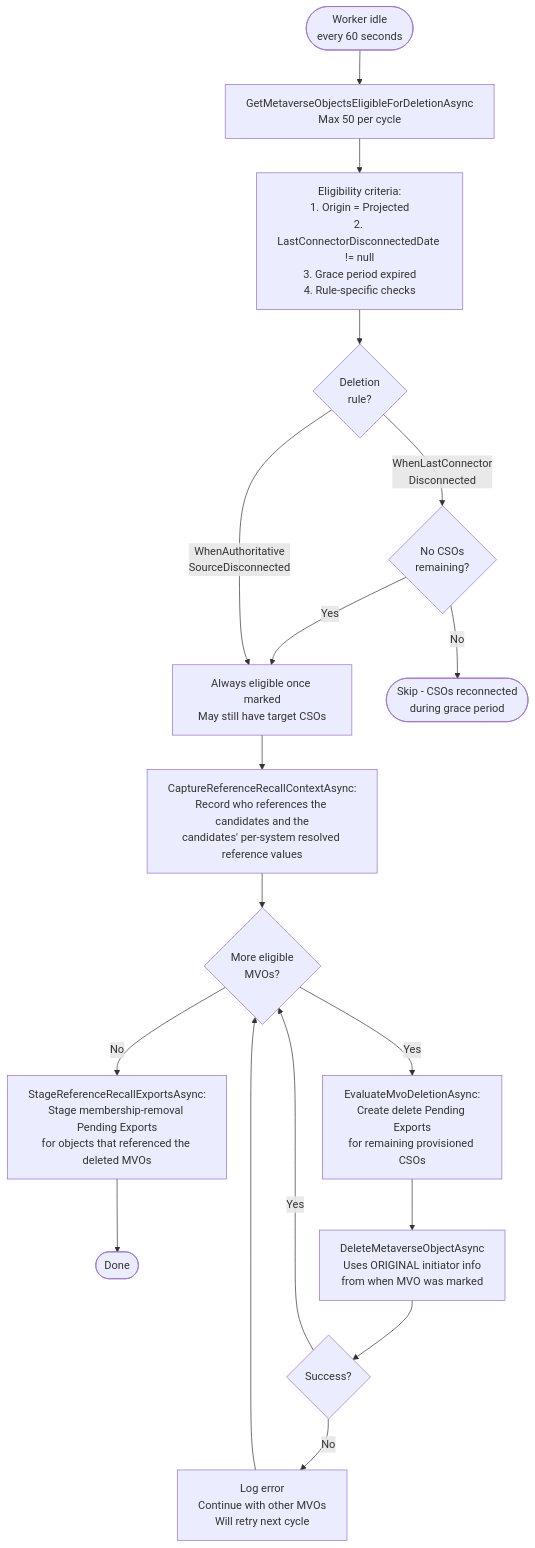
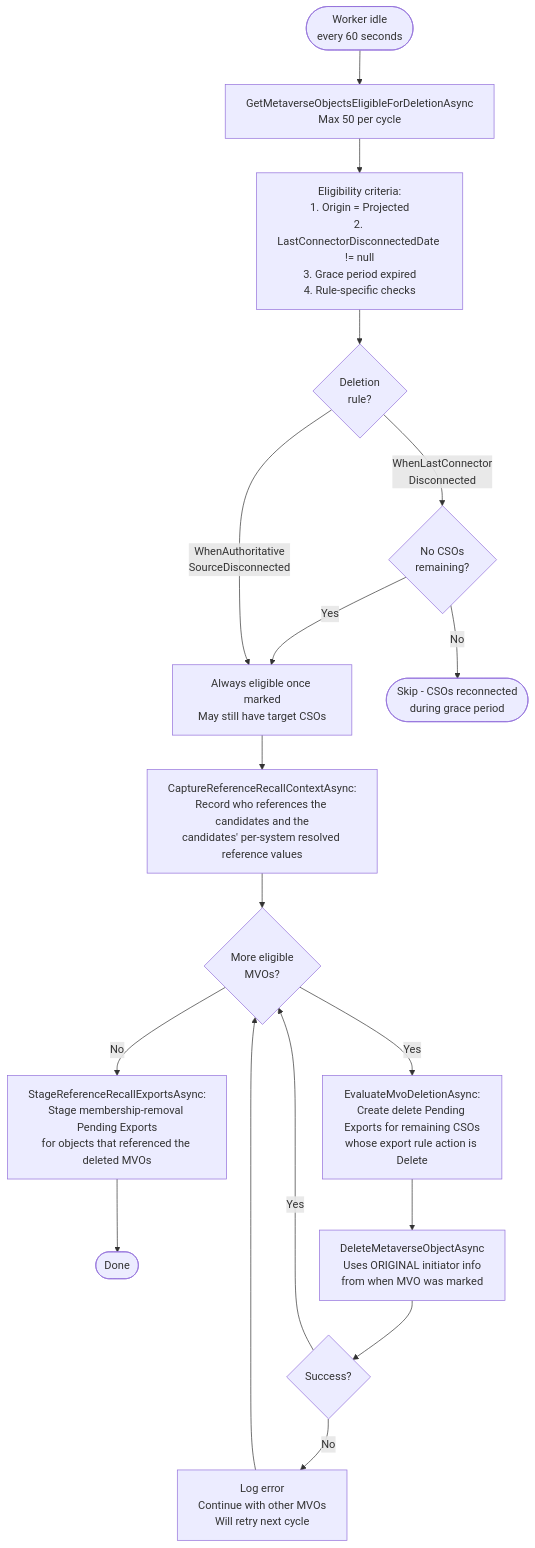
The fifth of 6 diagrams in docs/developer/diagrams/MVO_DELETION_AND_GRACE_PERIOD.md (TetronIO/JIM), drawn with Mermaid before and after one commit. The commit also changed other lines of this file and 8 other files, not shown here.

````diff
--- a/docs/developer/diagrams/MVO_DELETION_AND_GRACE_PERIOD.md
+++ b/docs/developer/diagrams/MVO_DELETION_AND_GRACE_PERIOD.md
@@ -97,25 +97,25 @@
 ```mermaid
 flowchart TD
     Idle([Worker idle<br/>every 60 seconds]) --> Query[GetMetaverseObjectsEligibleForDeletionAsync<br/>Max 50 per cycle]
 
     Query --> Criteria[Eligibility criteria:<br/>1. Origin = Projected<br/>2. LastConnectorDisconnectedDate != null<br/>3. Grace period expired<br/>4. Rule-specific checks]
     Criteria --> RuleCheck{Deletion<br/>rule?}
 
     RuleCheck -->|WhenLastConnector<br/>Disconnected| NoCSOs{No CSOs<br/>remaining?}
     NoCSOs -->|Yes| Eligible
     NoCSOs -->|No| NotEligible([Skip - CSOs reconnected<br/>during grace period])
 
     RuleCheck -->|WhenAuthoritative<br/>SourceDisconnected| Eligible[Always eligible once marked<br/>May still have target CSOs]
 
     Eligible --> Capture[CaptureReferenceRecallContextAsync:<br/>Record who references the candidates and the<br/>candidates' per-system resolved reference values]
     Capture --> Loop{More eligible<br/>MVOs?}
     Loop -->|No| Recall[StageReferenceRecallExportsAsync:<br/>Stage membership-removal Pending Exports<br/>for objects that referenced the deleted MVOs]
     Recall --> Done([Done])
 
-    Loop -->|Yes| EvalExports[EvaluateMvoDeletionAsync:<br/>Create delete Pending Exports<br/>for remaining provisioned CSOs]
+    Loop -->|Yes| EvalExports[EvaluateMvoDeletionAsync:<br/>Create delete Pending Exports for remaining CSOs<br/>whose export rule action is Delete]
     EvalExports --> DeleteMVO[DeleteMetaverseObjectAsync<br/>Uses ORIGINAL initiator info<br/>from when MVO was marked]
     DeleteMVO --> Result{Success?}
     Result -->|Yes| Loop
     Result -->|No| LogError[Log error<br/>Continue with other MVOs<br/>Will retry next cycle]
     LogError --> Loop
 ```
````
